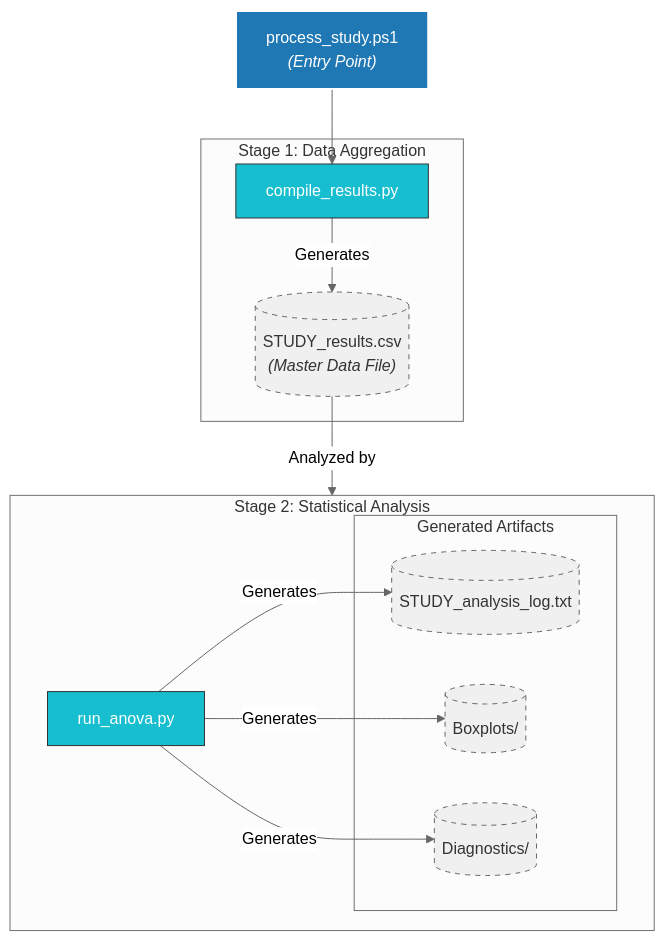
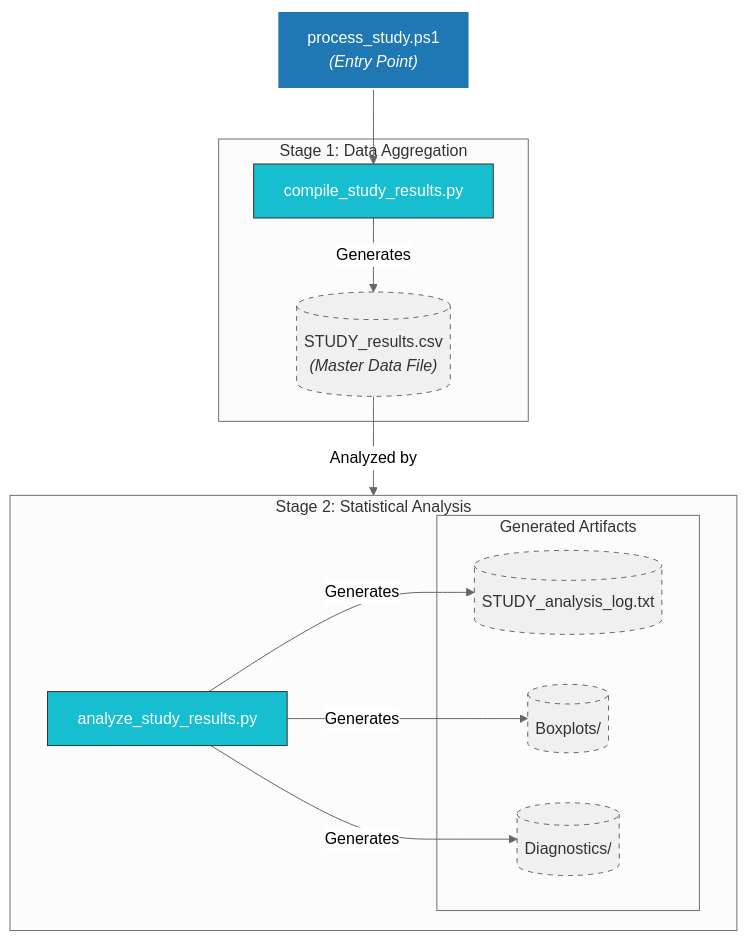
The diagram in docs/diagrams/architecture_workflow_2_process_study.mmd (peterjmarko/llm-narrative-framework), drawn with Mermaid (neutral theme) before and after one commit. The commit also changed other lines of this file and 66 other files, not shown here.

```diff
--- a/docs/diagrams/architecture_workflow_2_process_study.mmd
+++ b/docs/diagrams/architecture_workflow_2_process_study.mmd
@@ -1,30 +1,30 @@
 graph TD;
 
     %% --- Style Definitions (Based on Original Palette) ---
     classDef WorkflowEntry fill:#1f77b4,stroke:#fff,stroke-width:2px,color:#fff;
     classDef Analysis fill:#17becf,stroke:#333,stroke-width:1px,color:#fff;
     classDef DataArtifact fill:#f0f0f0,stroke:#666,stroke-width:1px,stroke-dasharray: 5 5,color:#333;
 
     %% === Nodes for Workflow 2: Process a Study ===
     proc_study["process_study.ps1<br/><i>(Entry Point)</i>"]:::WorkflowEntry;
     
     subgraph "Stage 1: Data Aggregation"
-        compile["compile_results.py"]:::Analysis;
+        compile["compile_study_results.py"]:::Analysis;
         data_csv[("STUDY_results.csv<br/><i>(Master Data File)</i>")]:::DataArtifact;
     end
     
     subgraph "Stage 2: Statistical Analysis"
         direction LR
-        anova["run_anova.py"]:::Analysis;
+        anova["analyze_study_results.py"]:::Analysis;
         subgraph "Generated Artifacts"
             log_file[("STUDY_analysis_log.txt")]:::DataArtifact;
             boxplots_dir[("Boxplots/")]:::DataArtifact;
             diag_plots_dir[("Diagnostics/")]:::DataArtifact;
         end
     end
 
     %% === Connections ===
     proc_study --> compile;
     compile -->|Generates| data_csv;
     data_csv -->|Analyzed by| anova;
     anova -->|Generates| log_file & boxplots_dir & diag_plots_dir;
```
